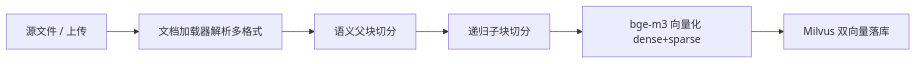
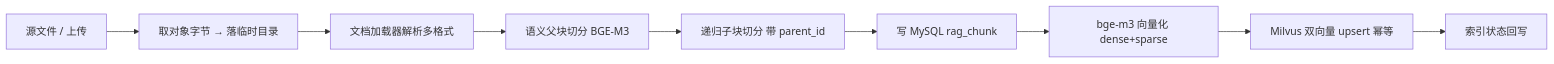
The second of 3 diagrams in README.md (chengyan0079/multi-tenant-rag-platform), drawn with Mermaid before and after one commit. The commit also changed other lines of this file and 18 other files, not shown here.

````diff
--- a/README.md
+++ b/README.md
@@ -26,8 +108,11 @@
 ```mermaid
 flowchart LR
-    A[源文件 / 上传] --> B[文档加载器解析多格式]
-    B --> C[语义父块切分]
-    C --> D[递归子块切分]
-    D --> E[bge-m3 向量化 dense+sparse]
-    E --> F[Milvus 双向量落库]
+    A[源文件 / 上传] --> B[取对象字节 → 落临时目录]
+    B --> C[文档加载器解析多格式]
+    C --> D[语义父块切分 BGE-M3]
+    D --> E[递归子块切分 带 parent_id]
+    E --> F[写 MySQL rag_chunk]
+    F --> G[bge-m3 向量化 dense+sparse]
+    G --> H[Milvus 双向量 upsert 幂等]
+    H --> I[索引状态回写]
 ```
````
